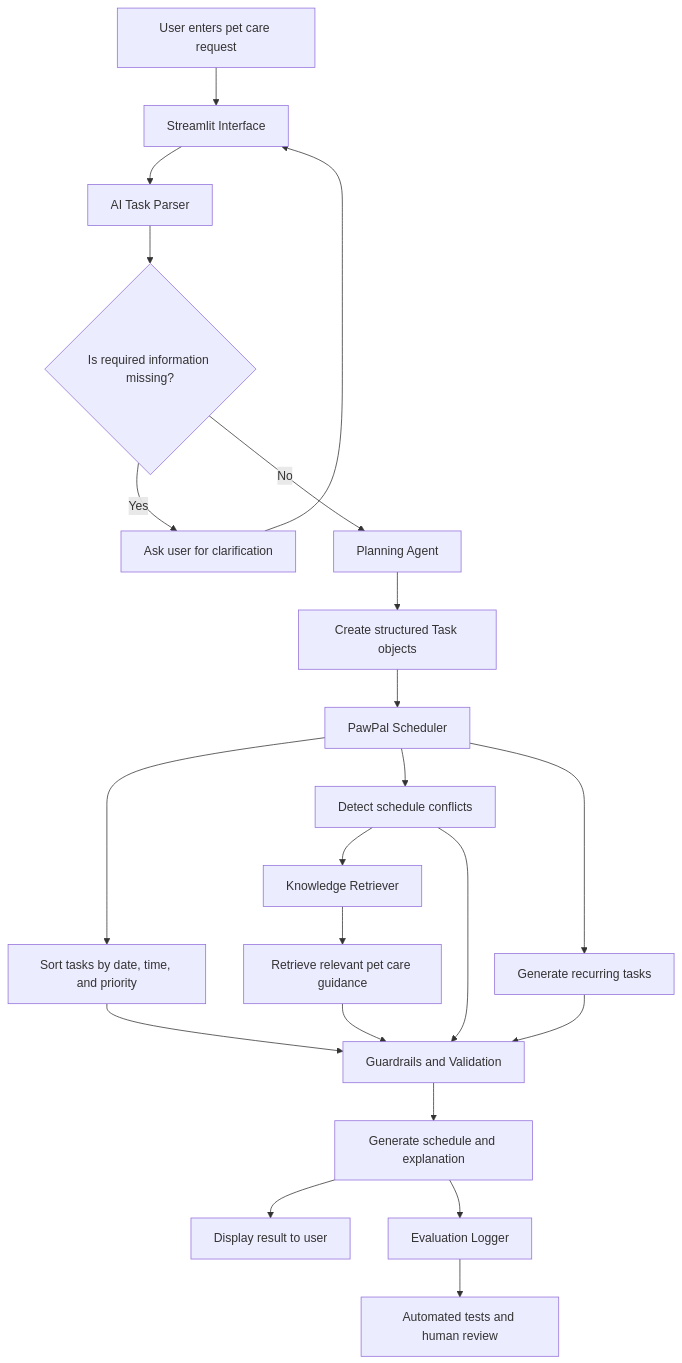
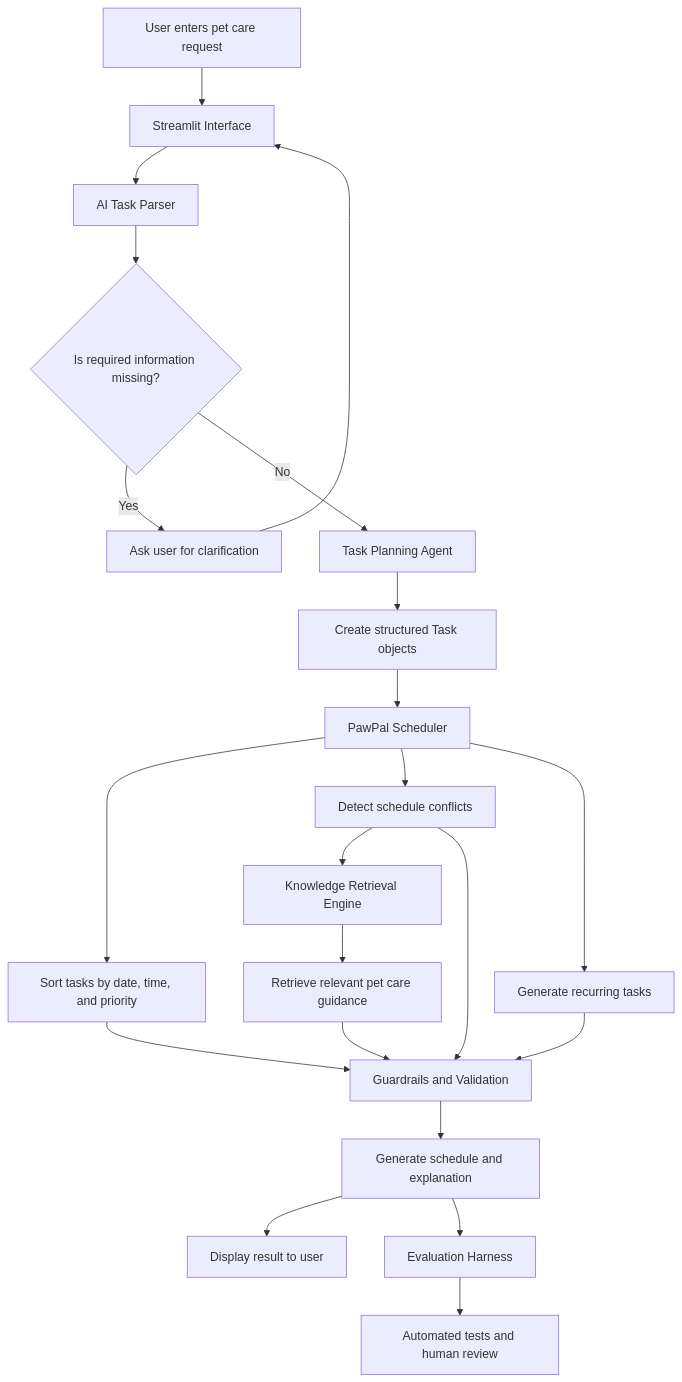
One commit to Jairogonzales001/applied-ai-system-project changed the diagram in diagrams/architecture.mmd. Above: the diagram before and after it, drawn with Mermaid. The commit also changed 1 other file, not shown here.

Commit message:
Integrate retrieval into AI engine

```diff
--- a/diagrams/architecture.mmd
+++ b/diagrams/architecture.mmd
@@ -1,31 +1,31 @@
 flowchart TD
     A[User enters pet care request] --> B[Streamlit Interface]
 
     B --> C[AI Task Parser]
     C --> D{Is required information missing?}
 
     D -- Yes --> E[Ask user for clarification]
     E --> B
 
-    D -- No --> F[Planning Agent]
+    D -- No --> F[Task Planning Agent]
 
     F --> G[Create structured Task objects]
     G --> H[PawPal Scheduler]
 
     H --> I[Sort tasks by date, time, and priority]
     H --> J[Detect schedule conflicts]
     H --> K[Generate recurring tasks]
 
-    J --> L[Knowledge Retriever]
+    J --> L[Knowledge Retrieval Engine]
     L --> M[Retrieve relevant pet care guidance]
 
     I --> N[Guardrails and Validation]
     J --> N
     K --> N
     M --> N
 
     N --> O[Generate schedule and explanation]
     O --> P[Display result to user]
 
-    O --> Q[Evaluation Logger]
+    O --> Q[Evaluation Harness]
     Q --> R[Automated tests and human review]
```
